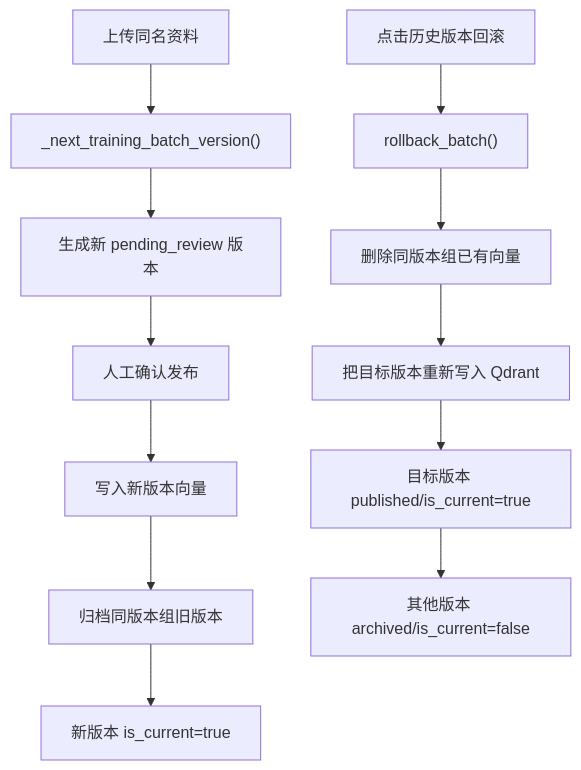
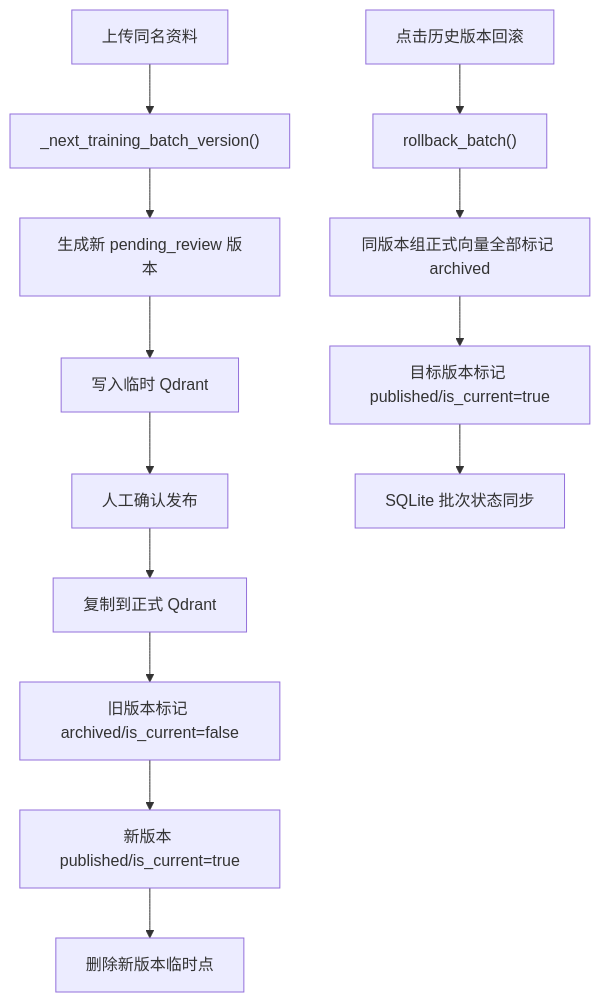
One commit to chen-liang-22/AI_RAG_Agent_Frontend changed the third of 3 diagrams in docs/销售训练资料管理上传文件流程.md. Above: the diagram before and after it, drawn with Mermaid. The commit also changed other lines of this file and 4 other files, not shown here.

````diff
--- a/docs/销售训练资料管理上传文件流程.md
+++ b/docs/销售训练资料管理上传文件流程.md
@@ -247,15 +200,16 @@
 ```mermaid
 flowchart TD
     A["上传同名资料"] --> B["_next_training_batch_version()"]
     B --> C["生成新 pending_review 版本"]
-    C --> D["人工确认发布"]
-    D --> E["写入新版本向量"]
-    E --> F["归档同版本组旧版本"]
-    F --> G["新版本 is_current=true"]
+    C --> D["写入临时 Qdrant"]
+    D --> E["人工确认发布"]
+    E --> F["复制到正式 Qdrant"]
+    F --> G["旧版本标记 archived/is_current=false"]
+    G --> H["新版本 published/is_current=true"]
+    H --> I["删除新版本临时点"]
 
-    H["点击历史版本回滚"] --> I["rollback_batch()"]
-    I --> J["删除同版本组已有向量"]
-    J --> K["把目标版本重新写入 Qdrant"]
-    K --> L["目标版本 published/is_current=true"]
-    L --> M["其他版本 archived/is_current=false"]
+    J["点击历史版本回滚"] --> K["rollback_batch()"]
+    K --> L["同版本组正式向量全部标记 archived"]
+    L --> M["目标版本标记 published/is_current=true"]
+    M --> N["SQLite 批次状态同步"]
 ```
````
